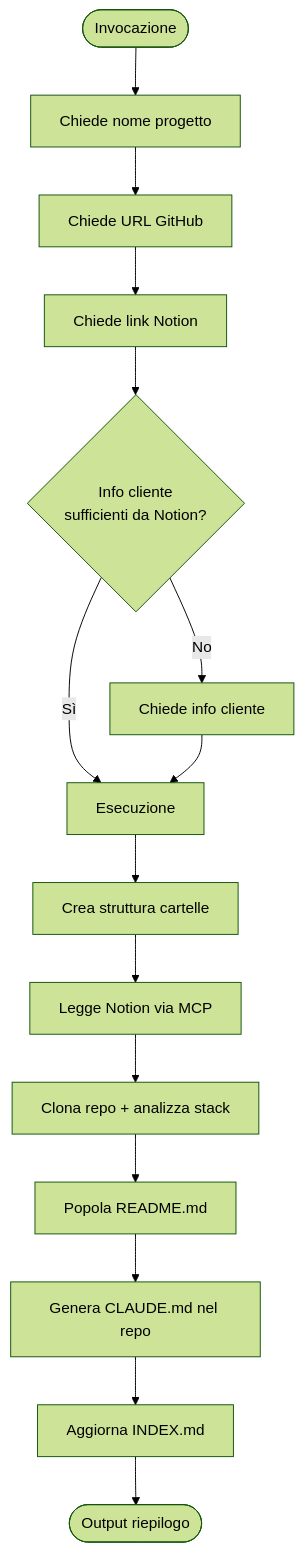
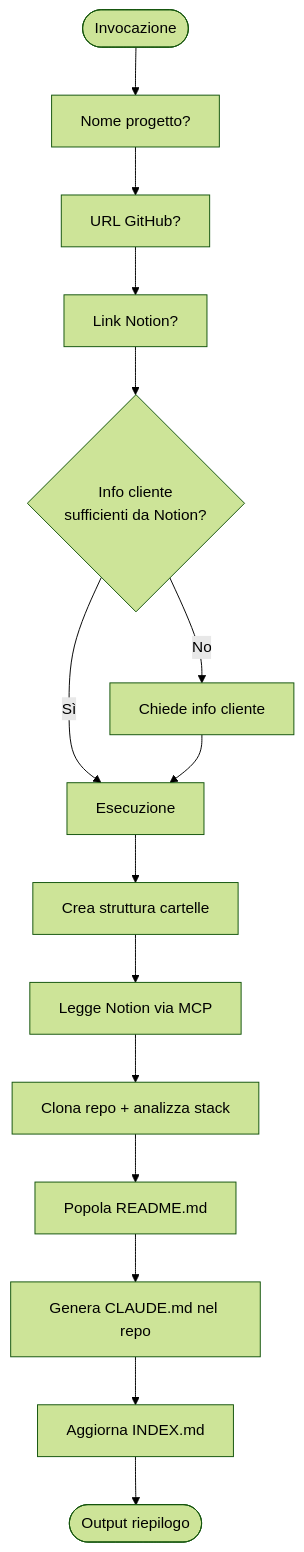
Before and after one commit to SimoneBriganteLaif/SimoneAI: the first of 8 diagrams in docs/skills.md, drawn with Mermaid (forest theme). The commit also changed other lines of this file and 14 other files, not shown here.

````diff
--- a/docs/skills.md
+++ b/docs/skills.md
@@ -31,17 +45,17 @@
 ```mermaid
 flowchart TD
-    START([Invocazione]) --> Q1[Chiede nome progetto]
-    Q1 --> Q2[Chiede URL GitHub]
-    Q2 --> Q3[Chiede link Notion]
+    START([Invocazione]) --> Q1[Nome progetto?]
+    Q1 --> Q2[URL GitHub?]
+    Q2 --> Q3[Link Notion?]
     Q3 --> Q4{Info cliente\nsufficienti da Notion?}
     Q4 -->|No| Q5[Chiede info cliente]
     Q4 -->|Sì| EXEC
     Q5 --> EXEC[Esecuzione]
     EXEC --> E1[Crea struttura cartelle]
     E1 --> E2[Legge Notion via MCP]
     E2 --> E3[Clona repo + analizza stack]
     E3 --> E4[Popola README.md]
     E4 --> E5[Genera CLAUDE.md nel repo]
     E5 --> E6[Aggiorna INDEX.md]
     E6 --> DONE([Output riepilogo])
 ```
````
